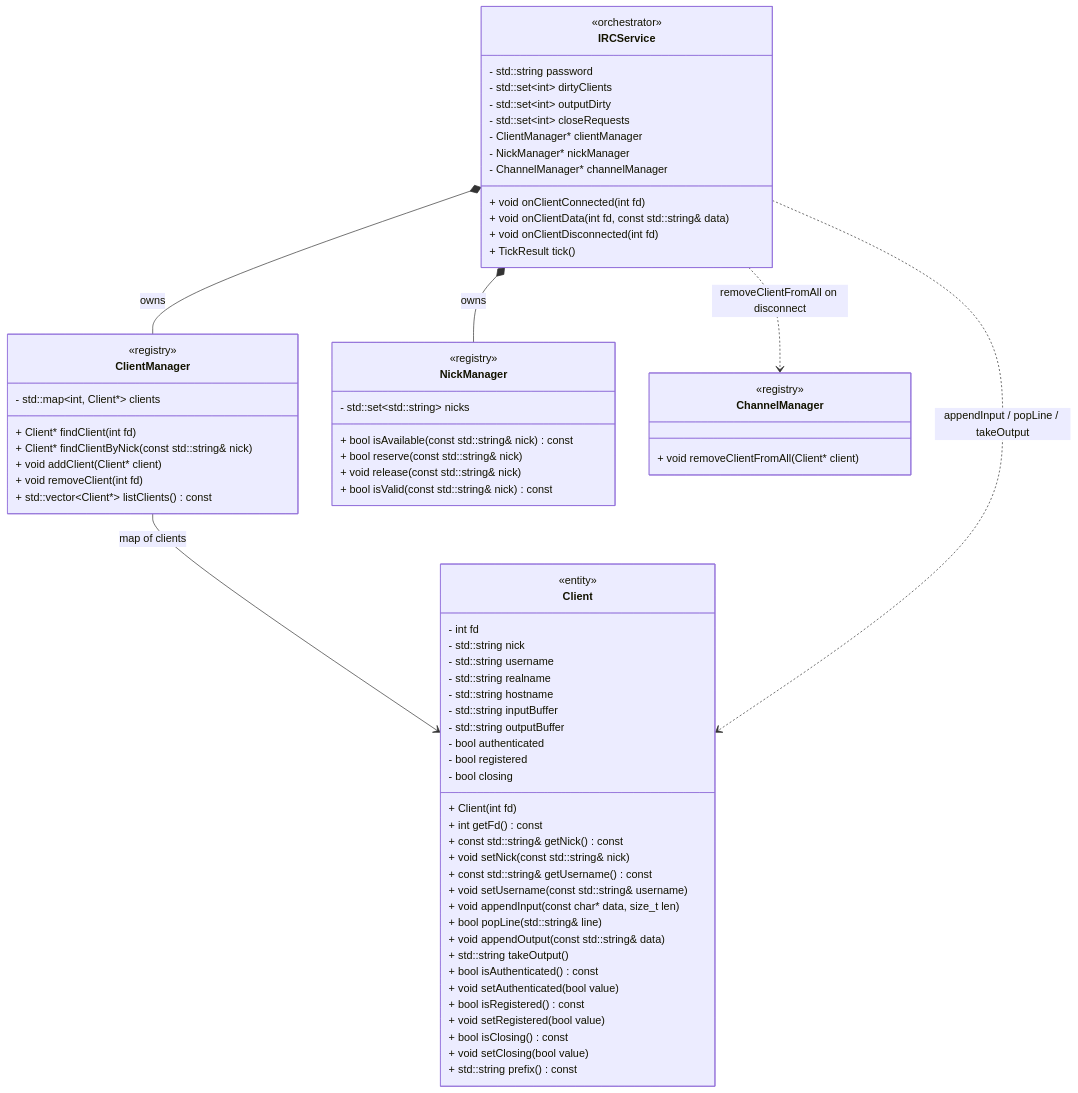
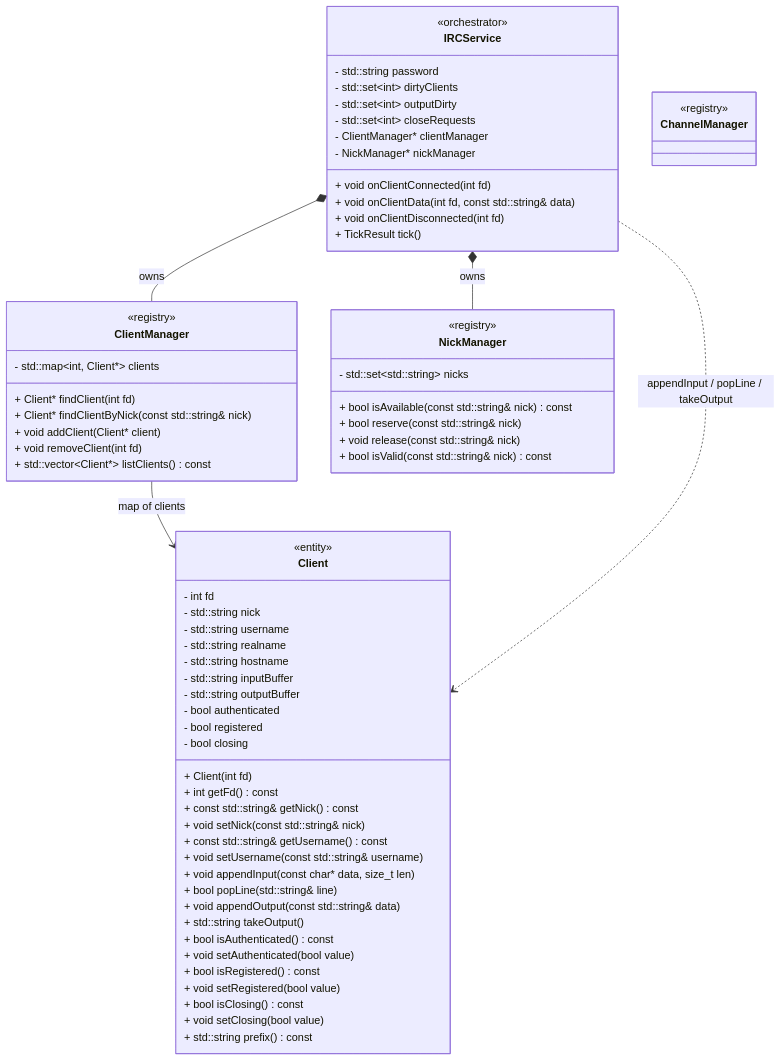
Before and after one commit to LuisGrigore/ft-irc: the diagram in docs/diagrams/class/irc_clients.mmd, drawn with Mermaid. The commit also changed 4 other files, not shown here.

```diff
--- a/docs/diagrams/class/irc_clients.mmd
+++ b/docs/diagrams/class/irc_clients.mmd
@@ -1,76 +1,73 @@
 classDiagram
     class IRCService {
         <<orchestrator>>
         - std::string password
         - std::set~int~ dirtyClients
         - std::set~int~ outputDirty
         - std::set~int~ closeRequests
         - ClientManager* clientManager
         - NickManager* nickManager
-        - ChannelManager* channelManager
         + void onClientConnected(int fd)
         + void onClientData(int fd, const std::string& data)
         + void onClientDisconnected(int fd)
         + TickResult tick()
     }
 
     class Client {
         <<entity>>
         - int fd
         - std::string nick
         - std::string username
         - std::string realname
         - std::string hostname
         - std::string inputBuffer
         - std::string outputBuffer
         - bool authenticated
         - bool registered
         - bool closing
         + Client(int fd)
         + int getFd() const
         + const std::string& getNick() const
         + void setNick(const std::string& nick)
         + const std::string& getUsername() const
         + void setUsername(const std::string& username)
         + void appendInput(const char* data, size_t len)
         + bool popLine(std::string& line)
         + void appendOutput(const std::string& data)
         + std::string takeOutput()
         + bool isAuthenticated() const
         + void setAuthenticated(bool value)
         + bool isRegistered() const
         + void setRegistered(bool value)
         + bool isClosing() const
         + void setClosing(bool value)
         + std::string prefix() const
     }
 
     class ClientManager {
         <<registry>>
         - std::map~int, Client*~ clients
         + Client* findClient(int fd)
         + Client* findClientByNick(const std::string& nick)
         + void addClient(Client* client)
         + void removeClient(int fd)
         + std::vector~Client*~ listClients() const
     }
 
     class NickManager {
         <<registry>>
         - std::set~std::string~ nicks
         + bool isAvailable(const std::string& nick) const
         + bool reserve(const std::string& nick)
         + void release(const std::string& nick)
         + bool isValid(const std::string& nick) const
     }
 
     class ChannelManager {
         <<registry>>
-        + void removeClientFromAll(Client* client)
     }
 
     IRCService *-- ClientManager : owns
     IRCService *-- NickManager : owns
-    IRCService ..> ChannelManager : removeClientFromAll on disconnect
     ClientManager --> Client : map of clients
     IRCService ..> Client : appendInput / popLine / takeOutput
```
